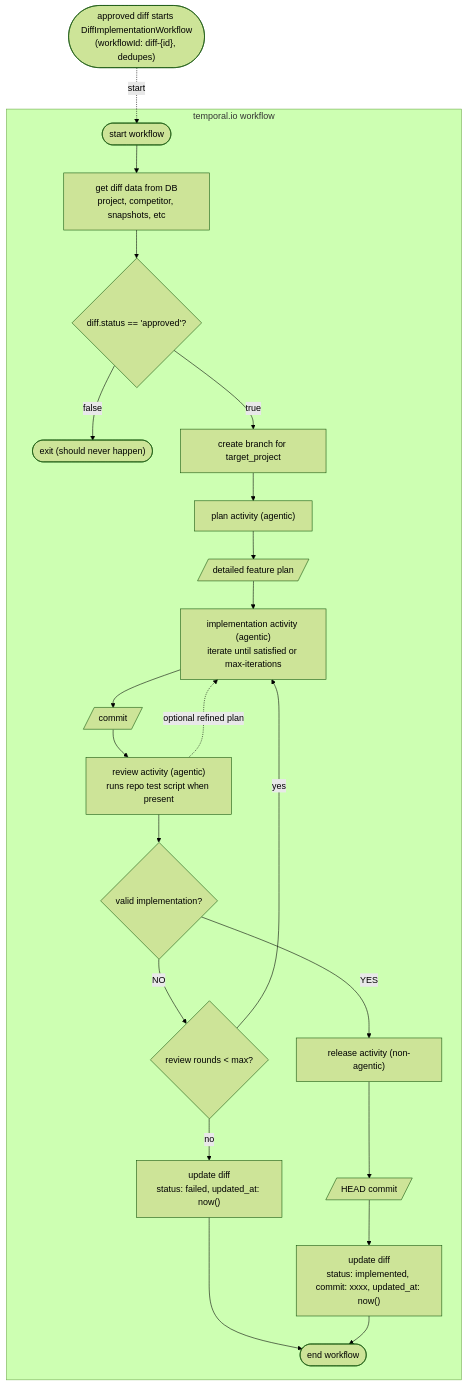
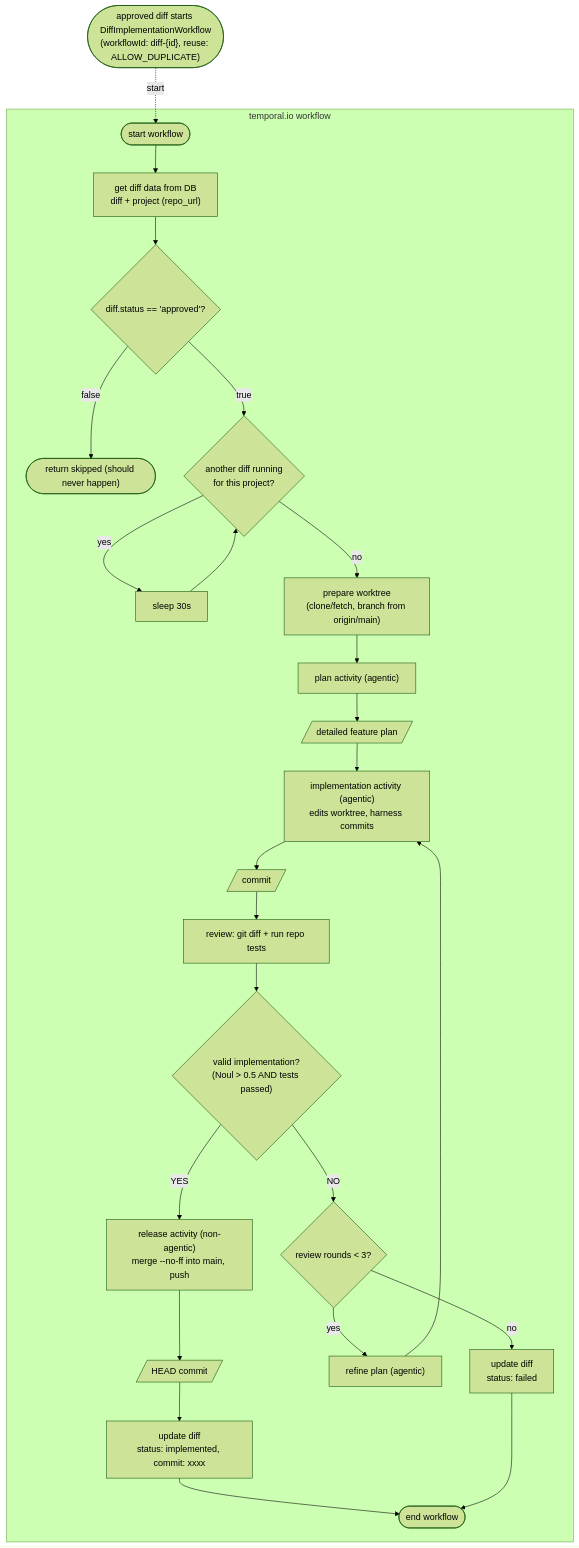
The diagram in flows/sdlc-flow.md (menuRivera/copycat), drawn with Mermaid (forest theme) before and after one commit. The commit also changed other lines of this file and 7 other files, not shown here.

````diff
--- a/flows/sdlc-flow.md
+++ b/flows/sdlc-flow.md
@@ -3,28 +3,29 @@
 ```mermaid
 flowchart TD
-    Q(["approved diff starts DiffImplementationWorkflow<br/>(workflowId: diff-{id}, dedupes)"])
+    Q(["approved diff starts DiffImplementationWorkflow<br/>(workflowId: diff-{id}, reuse: ALLOW_DUPLICATE)"])
 
     subgraph W["temporal.io workflow"]
-        S(["start workflow"]) --> A["get diff data from DB<br/>project, competitor, snapshots, etc"]
+        S(["start workflow"]) --> A["get diff data from DB<br/>diff + project (repo_url)"]
         A --> B{"diff.status == 'approved'?"}
-        B -- false --> Z(["exit (should never happen)"])
-        B -- true --> C["create branch for target_project"]
+        B -- false --> Z(["return skipped (should never happen)"])
+        B -- true --> L1{"another diff running<br/>for this project?"}
+        L1 -- yes --> L2["sleep 30s"] --> L1
+        L1 -- no --> C["prepare worktree<br/>(clone/fetch, branch from origin/main)"]
         C --> D["plan activity (agentic)"]
         D --> E[/detailed feature plan/]
-        E --> F["implementation activity (agentic)<br/>iterate until satisfied or max-iterations"]
+        E --> F["implementation activity (agentic)<br/>edits worktree, harness commits"]
         F --> G[/commit/]
-        G --> H["review activity (agentic)<br/>runs repo test script when present"]
-        H -.->|optional refined plan| F
-        H --> I{"valid implementation?"}
-        I -- NO --> R{"review rounds < max?"}
-        R -- yes --> F
-        R -- no --> U["update diff<br/>status: failed, updated_at: now()"]
-        U --> M(["end workflow"])
-        I -- YES --> J["release activity (non-agentic)"]
+        G --> H["review: git diff + run repo tests"]
+        H --> I{"valid implementation?<br/>(Noul > 0.5 AND tests passed)"}
+        I -- YES --> J["release activity (non-agentic)<br/>merge --no-ff into main, push"]
         J --> K[/HEAD commit/]
-        K --> L["update diff<br/>status: implemented, commit: xxxx, updated_at: now()"]
-        L --> M
+        K --> L["update diff<br/>status: implemented, commit: xxxx"]
+        L --> M(["end workflow"])
+        I -- NO --> R{"review rounds < 3?"}
+        R -- yes --> RP["refine plan (agentic)"] --> F
+        R -- no --> U["update diff<br/>status: failed"]
+        U --> M
     end
 
     Q -.->|start| S
 ```
````
